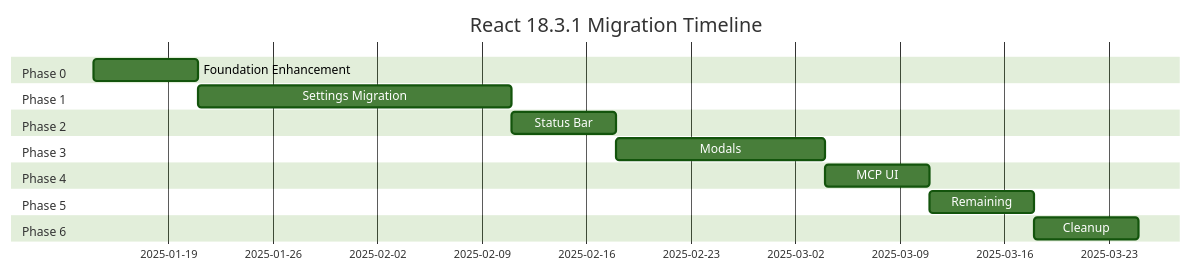
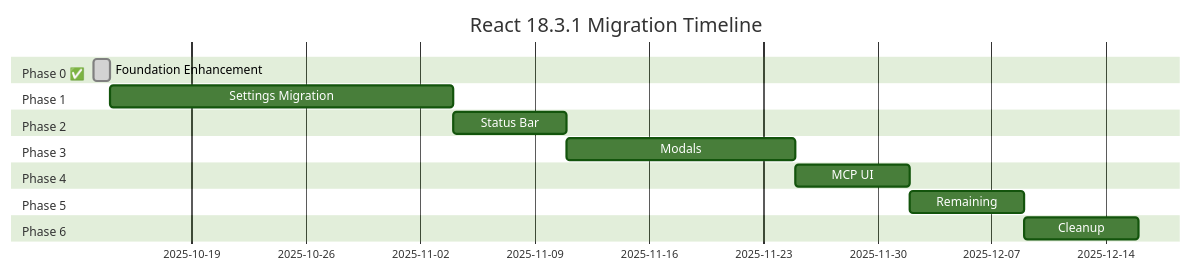
Before and after one commit to olku-if-se/obsidian-tars: the fifth of 5 diagrams in docs/2025-10-13-react-migration-plan.md, drawn with Mermaid (forest theme). The commit also changed other lines of this file and 51 other files, not shown here.

````diff
--- a/docs/2025-10-13-react-migration-plan.md
+++ b/docs/2025-10-13-react-migration-plan.md
@@ -1327,19 +1348,19 @@
 ```mermaid
 gantt
     title React 18.3.1 Migration Timeline
     dateFormat  YYYY-MM-DD
-    section Phase 0
-    Foundation Enhancement   :p0, 2025-01-14, 7d
+    section Phase 0 ✅
+    Foundation Enhancement   :done, p0, 2025-10-13, 1d
     section Phase 1
     Settings Migration     :p1, after p0, 21d
     section Phase 2
     Status Bar            :p2, after p1, 7d
     section Phase 3
     Modals                :p3, after p2, 14d
     section Phase 4
     MCP UI                :p4, after p3, 7d
     section Phase 5
     Remaining             :p5, after p4, 7d
     section Phase 6
     Cleanup               :p6, after p5, 7d
 ```
````
